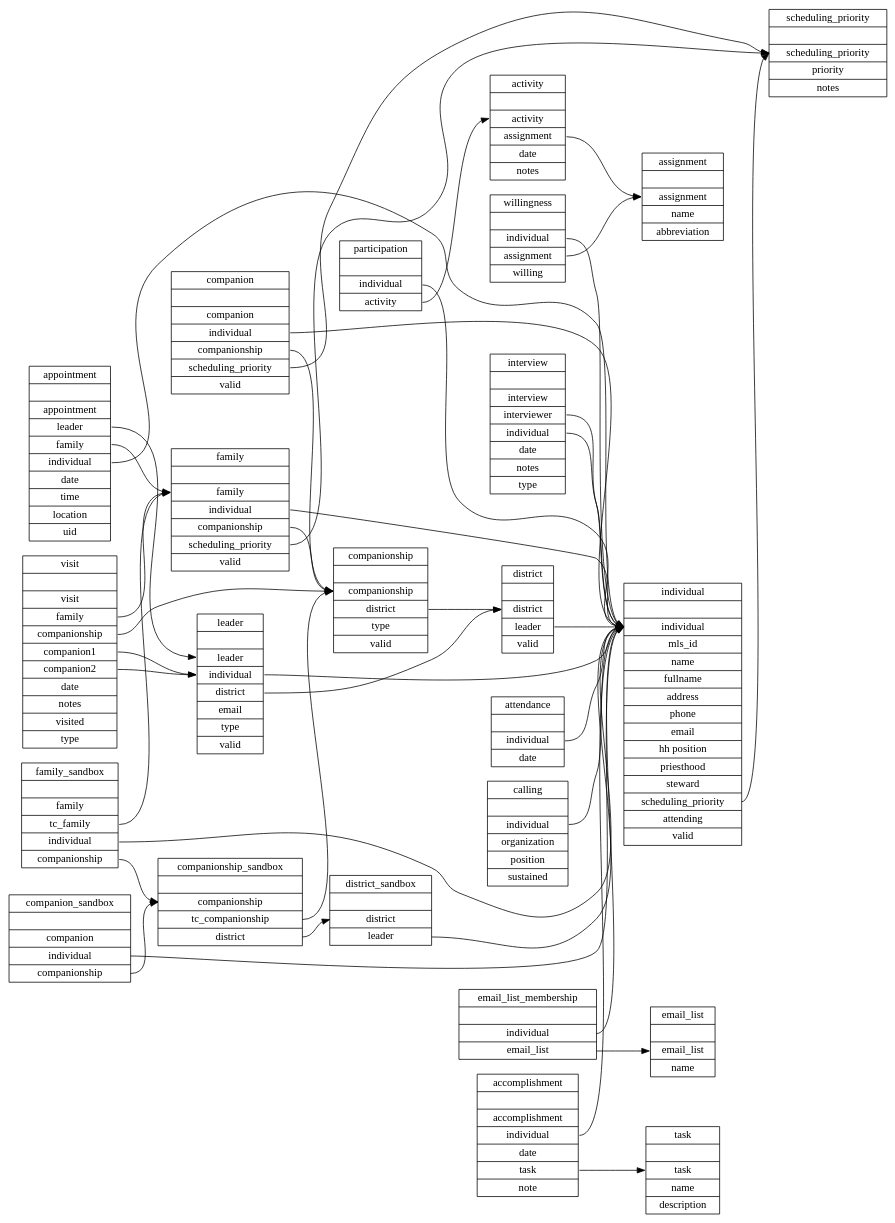
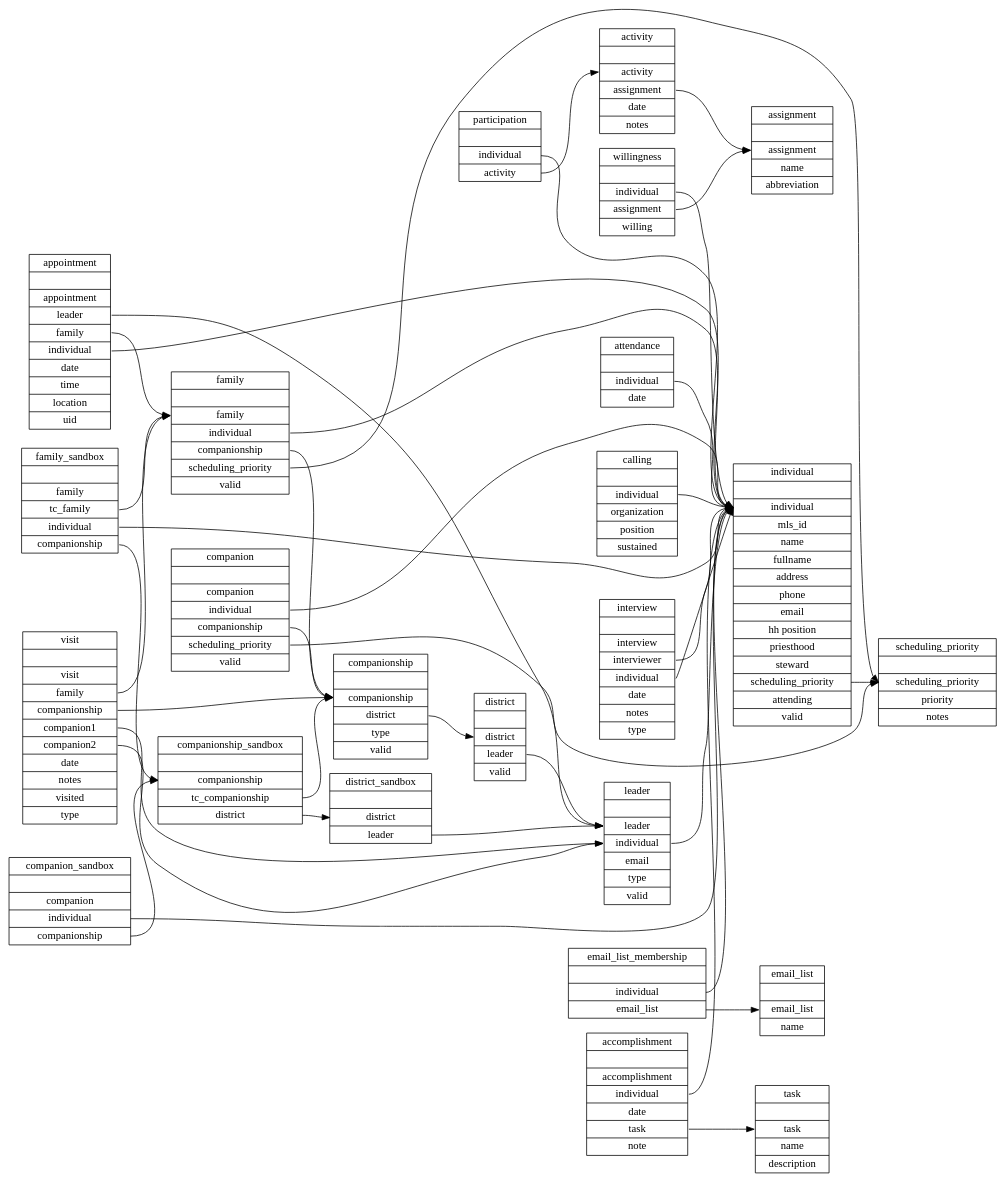
Before and after one commit to apippin/tc: the diagram in sql/schema.dot, drawn with Graphviz. The commit also changed 4 other files, not shown here.

Commit message:
linked district table to leader table by leader id, removed district field from leader table

```diff
--- a/sql/schema.dot
+++ b/sql/schema.dot
@@ -1,158 +1,157 @@
 digraph schema {
   graph [
     rankdir = "LR"
   ];
   activity   [
     label = "activity||<a> activity|<s> assignment|<t> date|<n> notes"
     shape = "record"
   ];
   appointment   [
     label = "appointment||<a> appointment|<l> leader|<f> family|<i> individual |<d> date|<t> time|<l> location|<u> uid"
     shape = "record"
   ];
   assignment    [
     label = "assignment||<a> assignment|<n> name|<ab> abbreviation"
     shape = "record"
   ];
   attendance   [
     label = "attendance||<i> individual|<d> date"
     shape = "record"
   ];
   calling       [
     label = "calling||<i> individual|<o> organization|<p> position|<s> sustained"
     shape = "record"
   ];
   companion   [
     label = "companion||<c> companion|<i> individual|<cp> companionship|<sp> scheduling_priority|<v> valid"
     shape = "record"
   ];
   companionship   [
     label = "companionship||<c> companionship|<d> district|<t> type|<v> valid"
     shape = "record"
   ];
   district      [
     label = "district||<d> district|<l> leader|<v> valid"
     shape = "record"
   ];
   individual   [
     label = "individual||<i> individual|<id> mls_id|<n> name|<fn> fullname|<a> address|<p> phone|<em> email|<hh> hh position|<pr> priesthood|<st> steward|<sp> scheduling_priority|<a> attending|<v> valid"
     shape = "record"
   ];
   family   [
     label = "family||<f> family|<i> individual|<c> companionship|<sp> scheduling_priority|<v> valid"
     shape = "record"
   ];
   participation   [
     label = "participation||<i> individual|<a> activity"
     shape = "record"
   ];
   interview   [
     label = "interview||<in> interview|<i> interviewer|<il> individual|<t> date|<n> notes|<t> type"
     shape = "record"
   ];
   leader    [
-    label = "leader||<l> leader|<i> individual|<d> district|<em> email|<t> type|<v> valid"
+    label = "leader||<l> leader|<i> individual|<em> email|<t> type|<v> valid"
     shape = "record"
   ];
   visit   [
     label = "visit||<v> visit|<f> family|<c> companionship|<c1> companion1|<c2> companion2|<t> date|<n> notes|<v> visited|<vt> type"
     shape = "record"
   ];
   willingness   [
     label = "willingness||<i> individual|<a> assignment|<w> willing"
     shape = "record"
   ];
   scheduling_priority   [
     label = "scheduling_priority||<sp> scheduling_priority|<p> priority|<n> notes"
     shape = "record"
   ];
   email_list   [
     label = "email_list||<e> email_list|<n> name"
     shape = "record"
   ];
   email_list_membership   [
     label = "email_list_membership||<i> individual|<e> email_list"
     shape = "record"
   ];
   accomplishment   [
     label = "accomplishment||<a> accomplishment|<i> individual|<d> date|<t> task|<n> note"
     shape = "record"
   ];
   task   [
     label = "task||<t> task|<n> name|<d> description"
     shape = "record"
   ];
   district_sandbox   [
     label = "district_sandbox||<d> district|<l> leader"
     shape = "record"
   ];
   companion_sandbox   [
     label = "companion_sandbox||<c> companion|<i> individual|<cp> companionship"
     shape = "record"
   ];
   companionship_sandbox   [
     label = "companionship_sandbox||<cp> companionship|<tcp> tc_companionship|<d> district"
     shape = "record"
   ];
   family_sandbox   [
     label = "family_sandbox||<f> family|<tcf> tc_family|<i> individual|<cp> companionship"
     shape = "record"
   ];
 
   activity:s      -> assignment:a
 
   appointment:l   -> leader:l
   appointment:f   -> family:f
   appointment:i   -> individual:i
 
   attendance:i    -> individual:i
   
   calling:i       -> individual:i
 
   companion:cp    -> companionship:c
   companion:i     -> individual:i
   companion:sp    -> scheduling_priority:sp
 
   companionship:d -> district:d
   
-  district:l      -> individual:i
+  district:l      -> leader:l
   
   individual:sp   -> scheduling_priority:sp
   
   family:i        -> individual:i
   family:c        -> companionship:c
   family:sp       -> scheduling_priority:sp
 
   participation:i -> individual:i
   participation:a -> activity:a
 
   interview:il    -> individual:i
   interview:i     -> individual:i
 
   leader:i    -> individual:i
-  leader:d    -> district:d
 
   visit:c         -> companionship:c
   visit:f         -> family:f
   visit:c1        -> leader:i
   visit:c2        -> leader:i
 
   willingness:i   -> individual:i
   willingness:a   -> assignment:a
 
   email_list_membership:i  -> individual:i
   email_list_membership:e  -> email_list:e
   
   accomplishment:i   -> individual:i
   accomplishment:t   -> task:t
  
-  district_sandbox:l      -> individual:i
+  district_sandbox:l      -> leader:l
   companion_sandbox:i     -> individual:i
   companion_sandbox:cp    -> companionship_sandbox:cp
   companionship_sandbox:tcp -> companionship:c
   companionship_sandbox:d -> district_sandbox:d
   family_sandbox:tcf      -> family:f
   family_sandbox:i        -> individual:i
   family_sandbox:cp       -> companionship_sandbox:cp
   
 }
```
